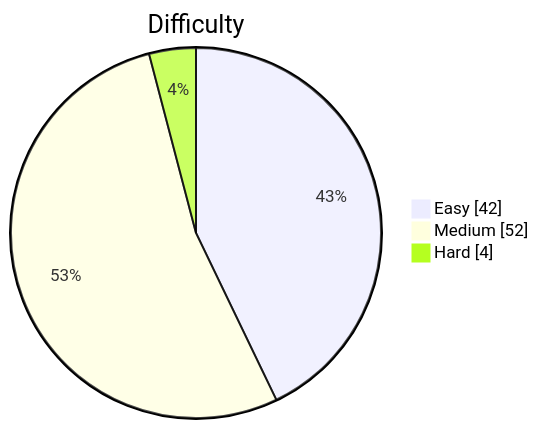
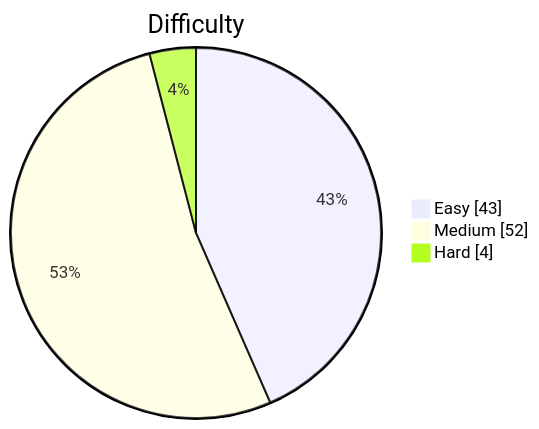
One commit to kevstevie/python-algo-practice changed the diagram in README.md. Above: the diagram before and after it, drawn with Mermaid. The commit also changed other lines of this file, not shown here.

````diff
--- a/README.md
+++ b/README.md
@@ -13,7 +13,7 @@
 ```mermaid
 pie showData
     title Difficulty
-    "Easy"   : 42
+    "Easy"   : 43
     "Medium" : 52
     "Hard"   : 4
 ```
````
